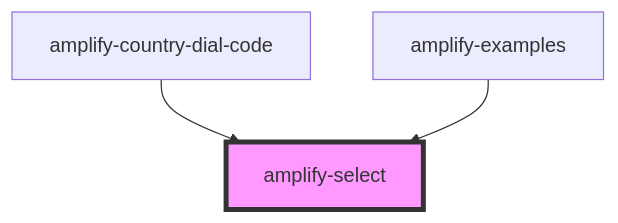
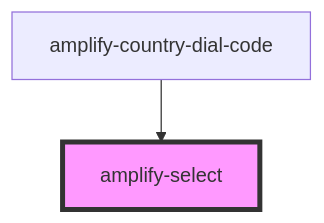
Before and after one commit to OneDev0411/amplify-js: the diagram in packages/amplify-ui-components/src/components/amplify-select/readme.md, drawn with Mermaid. The commit also changed other lines of this file and 241 other files, not shown here.

````diff
--- a/packages/amplify-ui-components/src/components/amplify-select/readme.md
+++ b/packages/amplify-ui-components/src/components/amplify-select/readme.md
@@ -25,6 +22,5 @@
 ```mermaid
 graph TD;
   amplify-country-dial-code --> amplify-select
-  amplify-examples --> amplify-select
   style amplify-select fill:#f9f,stroke:#333,stroke-width:4px
 ```
````
